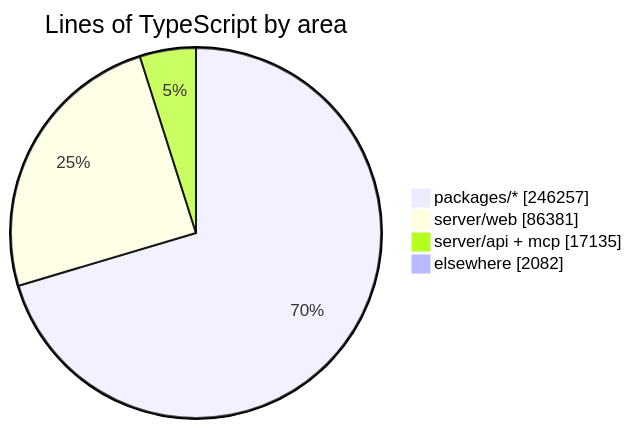
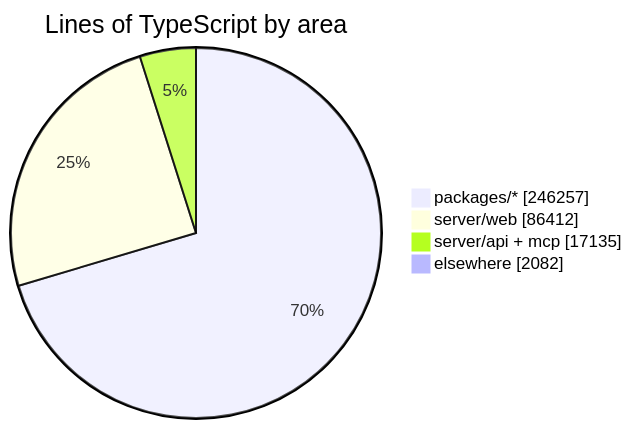
Before and after one commit to crossworks-engineering/mantle: the diagram in README.md, drawn with Mermaid. The commit also changed other lines of this file and 2 other files, not shown here.

````diff
--- a/README.md
+++ b/README.md
@@ -287,7 +287,7 @@
 ```mermaid
 pie showData title Lines of TypeScript by area
     "packages/*" : 246257
-    "server/web" : 86381
+    "server/web" : 86412
     "server/api + mcp" : 17135
     "elsewhere" : 2082
 ```
````
